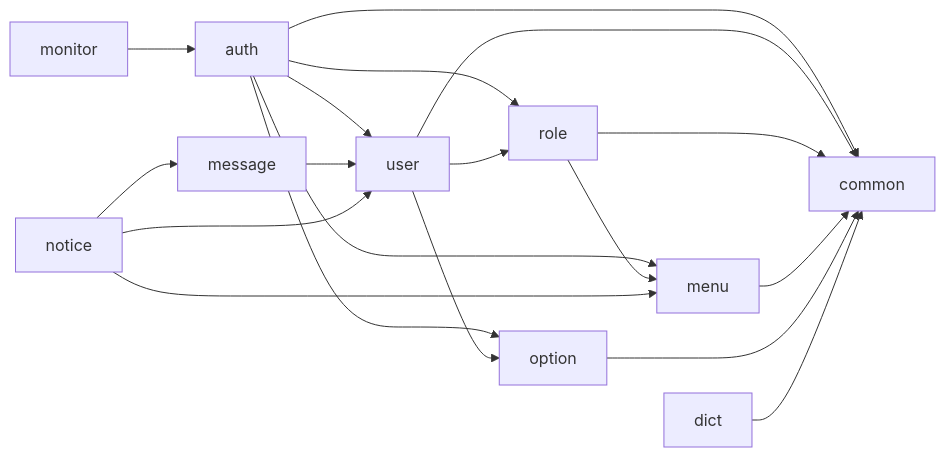
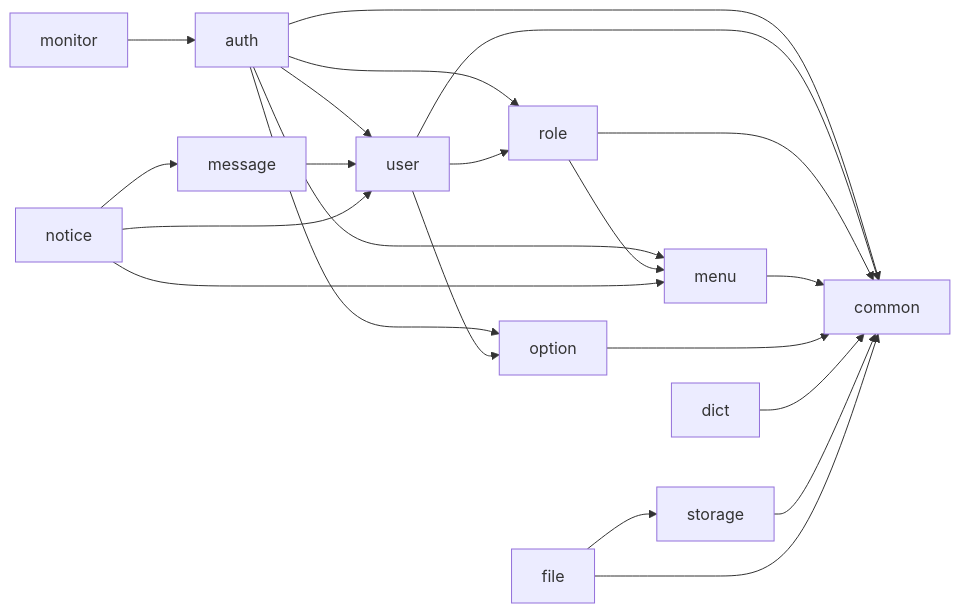
The diagram in backend/readme.md (LLP2333/IDP), drawn with Mermaid before and after one commit. The commit also changed other lines of this file and 127 other files, not shown here.

````diff
--- a/backend/readme.md
+++ b/backend/readme.md
@@ -72,21 +86,24 @@
 ```mermaid
 flowchart LR
   auth --> user
   auth --> role
   auth --> option
   auth --> menu
   auth --> common
   user --> role
   user --> option
   user --> common
   role --> menu
   role --> common
   menu --> common
   option --> common
   message --> user
   notice --> user
   notice --> message
   notice --> menu
   monitor --> auth
   dict --> common
+  storage --> common
+  file --> storage
+  file --> common
 ```
````
